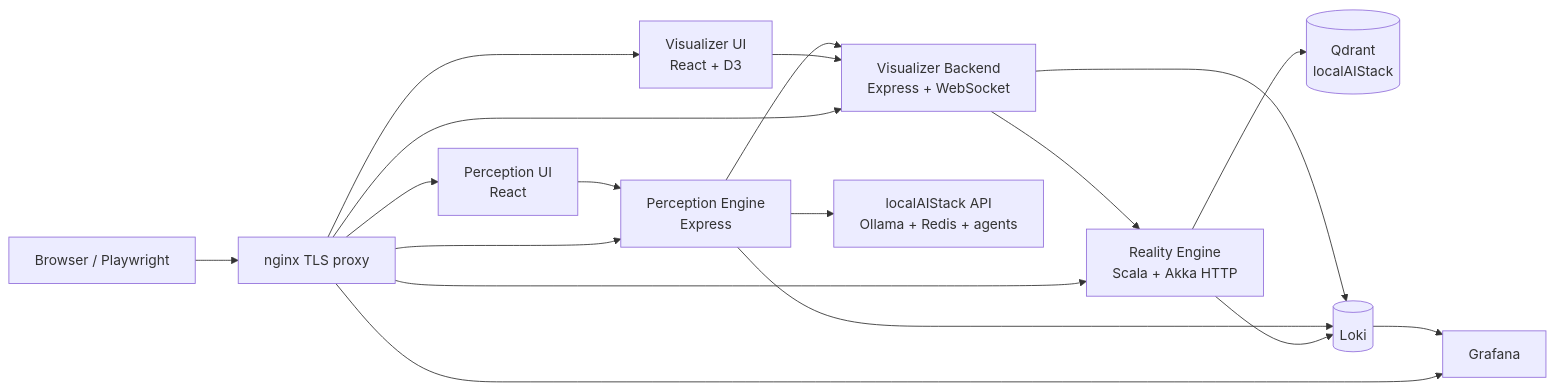
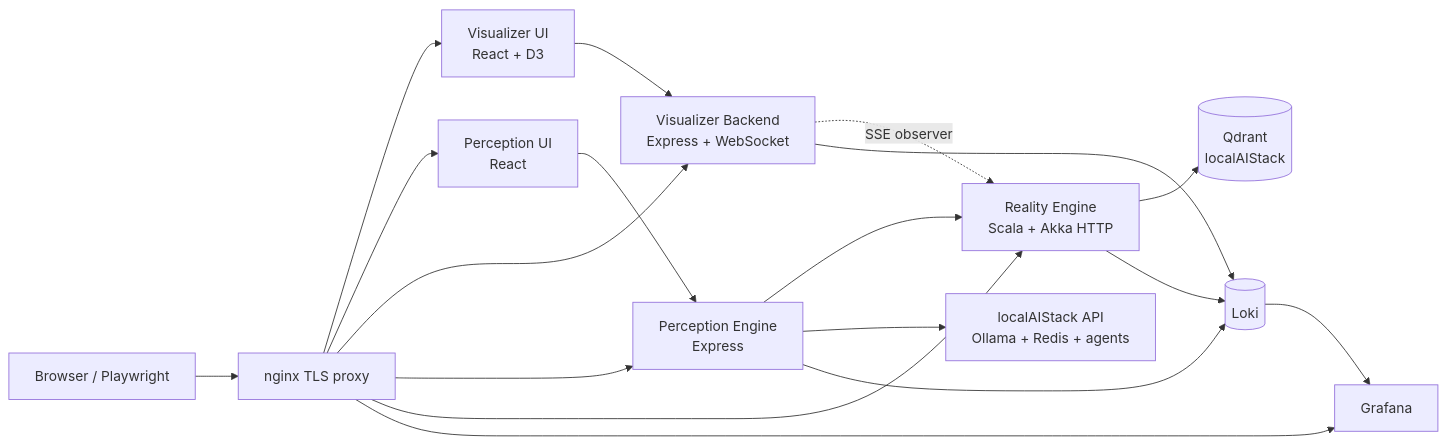
The first of 3 diagrams in ARCHITECTURE.md (jateeter/RealityEngine_AI), drawn with Mermaid before and after one commit. The commit also changed other lines of this file and 853 other files, not shown here.

````diff
--- a/ARCHITECTURE.md
+++ b/ARCHITECTURE.md
@@ -9,32 +9,32 @@
 ```mermaid
 flowchart LR
   Browser[Browser / Playwright]
   TLS[nginx TLS proxy]
   VF[Visualizer UI<br/>React + D3]
   VB[Visualizer Backend<br/>Express + WebSocket]
   PEUI[Perception UI<br/>React]
   PE[Perception Engine<br/>Express]
   RE[Reality Engine<br/>Scala + Akka HTTP]
   Q[(Qdrant<br/>localAIStack)]
   L[(Loki)]
   G[Grafana]
   AI[localAIStack API<br/>Ollama + Redis + agents]
 
   Browser --> TLS
   TLS --> VF
   TLS --> PEUI
   TLS --> VB
   TLS --> PE
   TLS --> RE
   TLS --> G
   PEUI --> PE
   VF --> VB
-  PE --> VB
-  VB --> RE
+  VB -.->|SSE observer| RE
+  PE --> RE
   RE --> Q
   PE --> AI
   RE --> L
   PE --> L
   VB --> L
   L --> G
 ```
````
